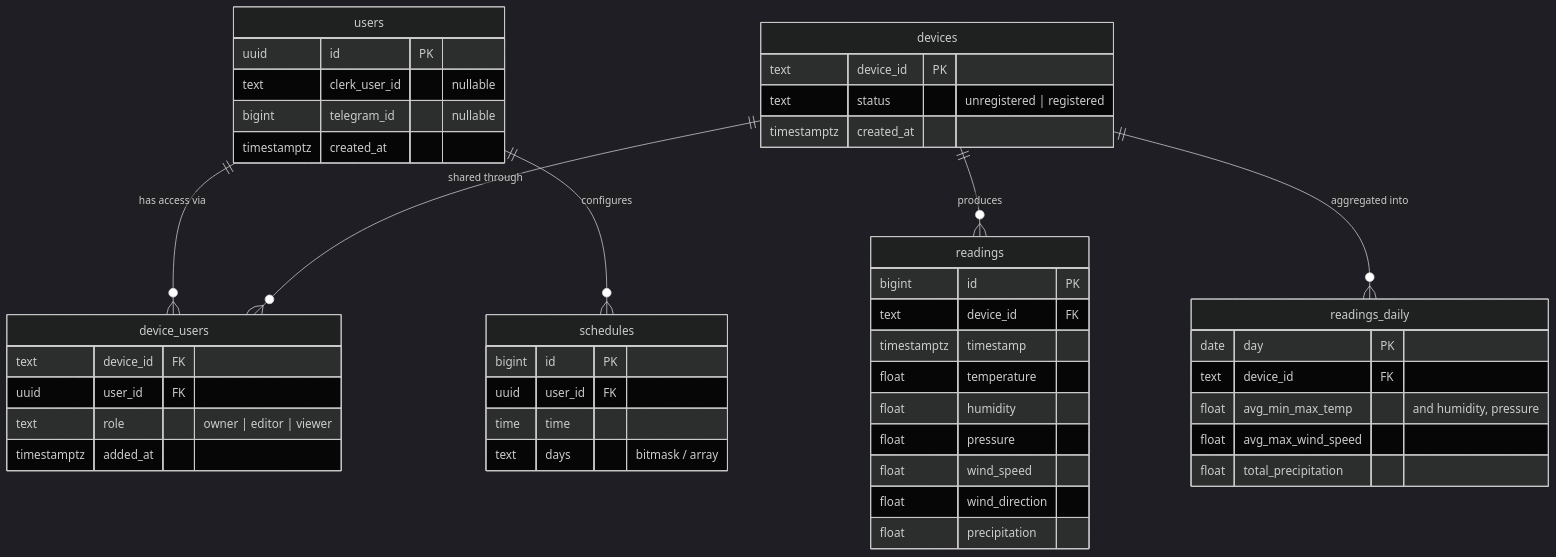
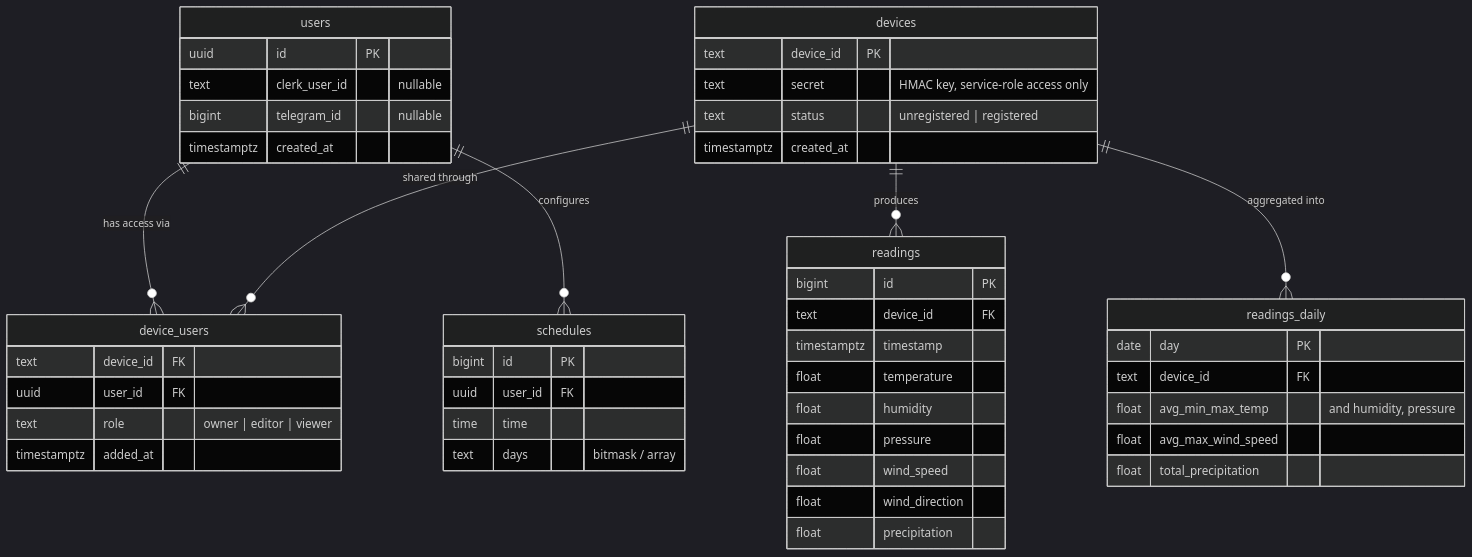
Before and after one commit to ByteMe6/weather-station: the third of 5 diagrams in docs/05-architecture-and-tech-stack.md, drawn with Mermaid (dark theme). The commit also changed other lines of this file and 1 other file, not shown here.

Commit message:
review: HMAC device auth in MVP, captive portal wifi setup, OTA updates

````diff
--- a/docs/05-architecture-and-tech-stack.md
+++ b/docs/05-architecture-and-tech-stack.md
@@ -53,50 +80,51 @@
 ```mermaid
 erDiagram
     users ||--o{ device_users : "has access via"
     devices ||--o{ device_users : "shared through"
     devices ||--o{ readings : "produces"
     devices ||--o{ readings_daily : "aggregated into"
     users ||--o{ schedules : "configures"
 
     users {
         uuid id PK
         text clerk_user_id "nullable"
         bigint telegram_id "nullable"
         timestamptz created_at
     }
     devices {
         text device_id PK
+        text secret "HMAC key, service-role access only"
         text status "unregistered | registered"
         timestamptz created_at
     }
     device_users {
         text device_id FK
         uuid user_id FK
         text role "owner | editor | viewer"
         timestamptz added_at
     }
     readings {
         bigint id PK
         text device_id FK
         timestamptz timestamp
         float temperature
         float humidity
         float pressure
         float wind_speed
         float wind_direction
         float precipitation
     }
     readings_daily {
         date day PK
         text device_id FK
         float avg_min_max_temp "and humidity, pressure"
         float avg_max_wind_speed
         float total_precipitation
     }
     schedules {
         bigint id PK
         uuid user_id FK
         time time
         text days "bitmask / array"
     }
 ```
````
